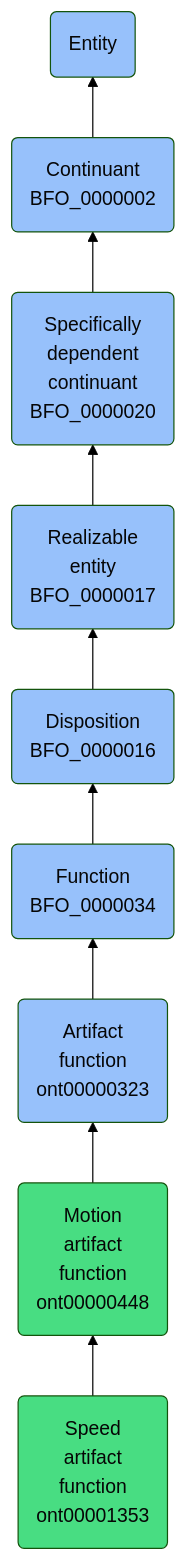
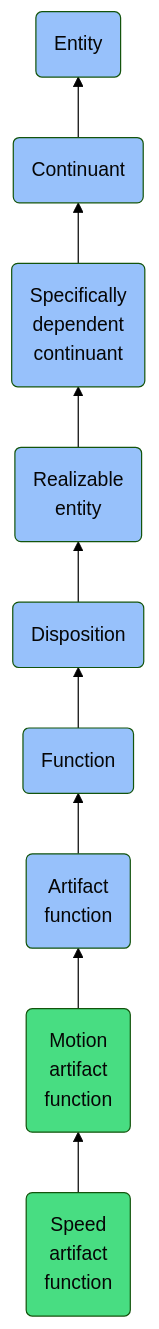
The diagram in docs/ontology/reference/model/Entity/Continuant/Specifically dependent continuant/Realizable entity/Disposition/Function/Artifact function/Motion artifact function/Speed artifact function/Speed artifact function.md (jupyter-naas/abi), drawn with Mermaid (forest theme) before and after one commit. The commit also changed other lines of this file and 1430 other files, not shown here.

````diff
--- a/docs/ontology/reference/model/Entity/Continuant/Specifically dependent continuant/Realizable entity/Disposition/Function/Artifact function/Motion artifact function/Speed artifact function/Speed artifact function.md
+++ b/docs/ontology/reference/model/Entity/Continuant/Specifically dependent continuant/Realizable entity/Disposition/Function/Artifact function/Motion artifact function/Speed artifact function/Speed artifact function.md
@@ -24,16 +24,16 @@
 ```mermaid
 graph BT
-    ont00001353(Speed<br>artifact<br>function<br>ont00001353):::ABI-->ont00000448
-    ont00000448(Motion<br>artifact<br>function<br>ont00000448):::ABI-->ont00000323
-    ont00000323(Artifact<br>function<br>ont00000323):::BFO-->BFO_0000034
-    BFO_0000034(Function<br>BFO_0000034):::BFO-->BFO_0000016
-    BFO_0000016(Disposition<br>BFO_0000016):::BFO-->BFO_0000017
-    BFO_0000017(Realizable<br>entity<br>BFO_0000017):::BFO-->BFO_0000020
-    BFO_0000020(Specifically<br>dependent<br>continuant<br>BFO_0000020):::BFO-->BFO_0000002
-    BFO_0000002(Continuant<br>BFO_0000002):::BFO-->BFO_0000001
+    ont00001353(Speed<br>artifact<br>function):::ABI-->ont00000448
+    ont00000448(Motion<br>artifact<br>function):::ABI-->ont00000323
+    ont00000323(Artifact<br>function):::BFO-->BFO_0000034
+    BFO_0000034(Function):::BFO-->BFO_0000016
+    BFO_0000016(Disposition):::BFO-->BFO_0000017
+    BFO_0000017(Realizable<br>entity):::BFO-->BFO_0000020
+    BFO_0000020(Specifically<br>dependent<br>continuant):::BFO-->BFO_0000002
+    BFO_0000002(Continuant):::BFO-->BFO_0000001
     BFO_0000001(Entity):::BFO
     
     classDef BFO fill:#97c1fb,color:#060606
     classDef CCO fill:#e4c51e,color:#060606
     classDef ABI fill:#48DD82,color:#060606
 ```
````
